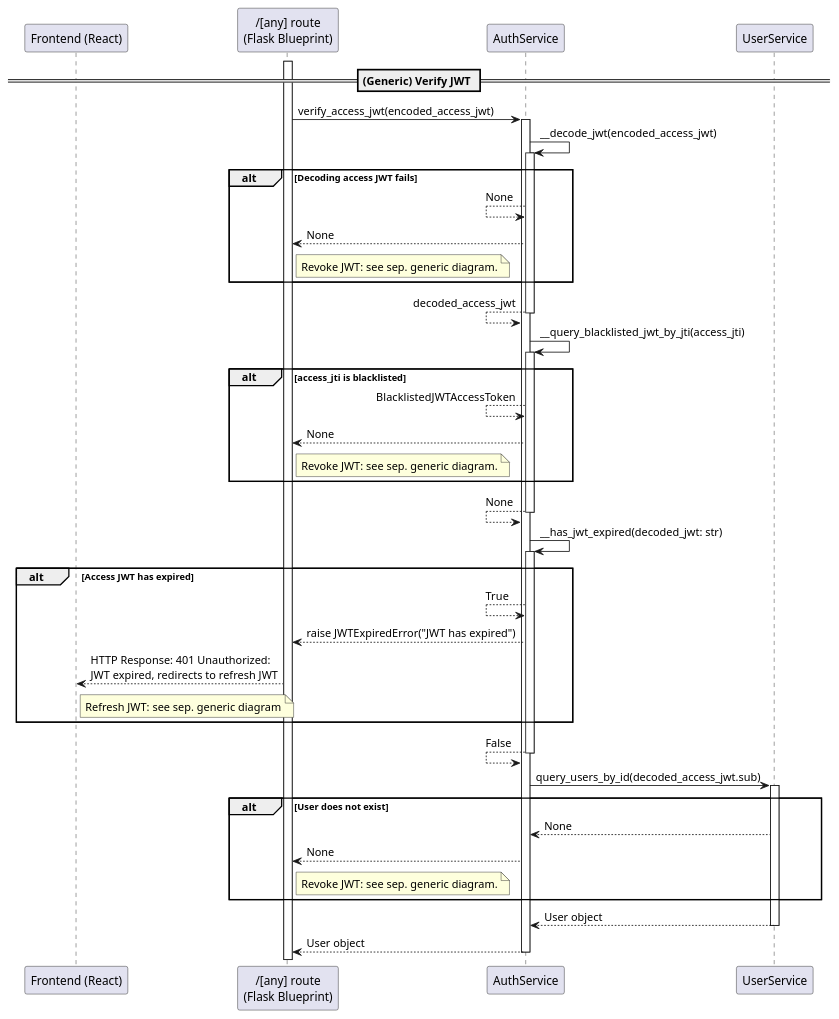
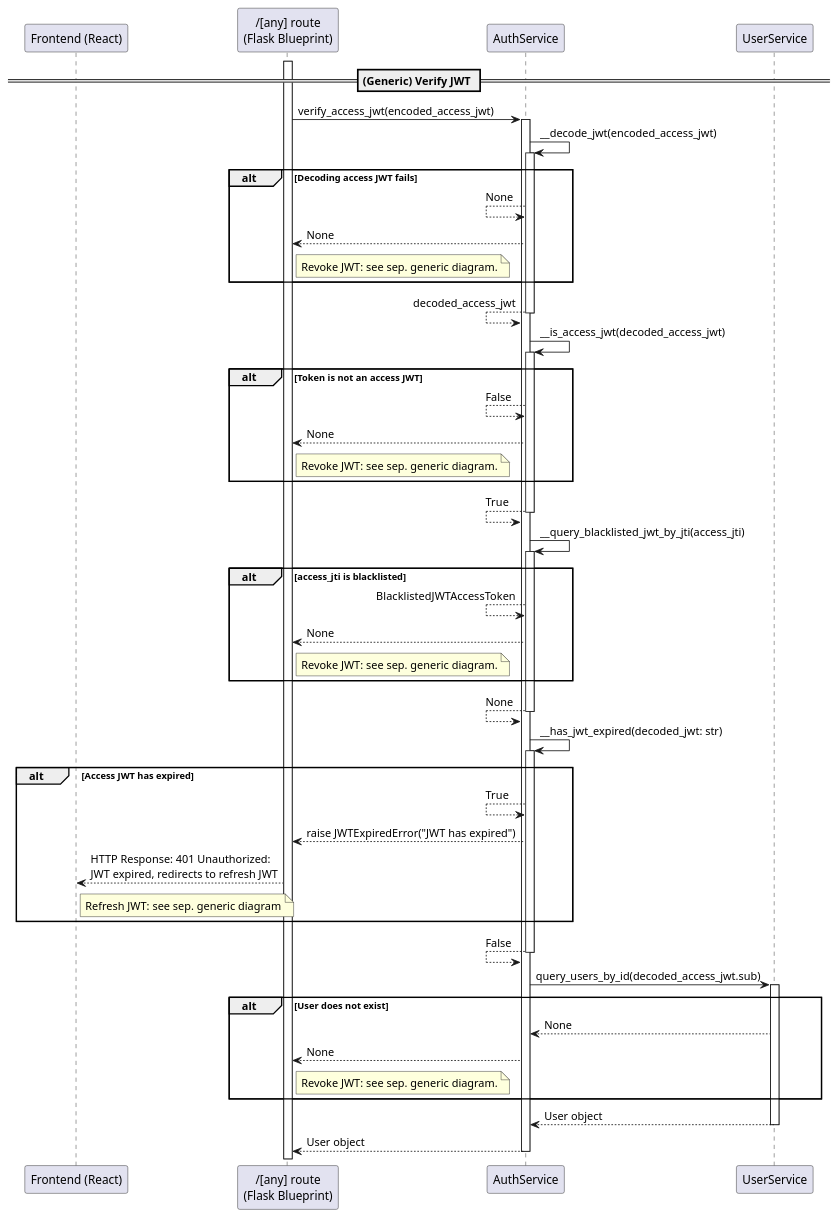
One commit to dominikoetiker/TheMentalLoadHub changed the diagram in docs/src/diagrams/uml/sequence/account_management/authentication_process/verify_jwt.puml. Above: the diagram before and after it, drawn with PlantUML. The commit also changed 7 other files, not shown here.

Commit message:
Add reset password functionality and renamed email verification sequence diagrams

```diff
--- a/docs/src/diagrams/uml/sequence/account_management/authentication_process/verify_jwt.puml
+++ b/docs/src/diagrams/uml/sequence/account_management/authentication_process/verify_jwt.puml
@@ -1,50 +1,59 @@
 @startuml VerifyJWTSequence
 participant "Frontend (React)" as FE
 participant "/[any] route\n(Flask Blueprint)" as AR
 participant "AuthService" as AS
 participant "UserService" as US
 
 == (Generic) Verify JWT ==
 activate AR
 AR -> AS : verify_access_jwt(encoded_access_jwt)
 activate AS
 AS -> AS : __decode_jwt(encoded_access_jwt)
 activate AS
 alt Decoding access JWT fails
     AS <-- AS : None
     AR <-- AS : None
     note right of AR : Revoke JWT: see sep. generic diagram.
 end
 AS <-- AS : decoded_access_jwt
+deactivate AS
+AS -> AS : __is_access_jwt(decoded_access_jwt)
+activate AS
+alt Token is not an access JWT
+    AS <-- AS : False
+    AR <-- AS : None
+    note right of AR : Revoke JWT: see sep. generic diagram.
+end
+AS <-- AS : True
 deactivate AS
 AS -> AS : __query_blacklisted_jwt_by_jti(access_jti)
 activate AS
 alt access_jti is blacklisted
     AS <-- AS : BlacklistedJWTAccessToken
     AR <-- AS : None
     note right of AR : Revoke JWT: see sep. generic diagram.
 end
 AS <-- AS : None
 deactivate AS
 AS -> AS : __has_jwt_expired(decoded_jwt: str)
 activate AS
 alt Access JWT has expired
     AS <-- AS : True
     AR <-- AS : raise JWTExpiredError("JWT has expired")
     FE <-- AR : HTTP Response: 401 Unauthorized:\nJWT expired, redirects to refresh JWT
     note right of FE : Refresh JWT: see sep. generic diagram
 end
 AS <-- AS : False
 deactivate AS
 AS -> US : query_users_by_id(decoded_access_jwt.sub)
 activate US
 alt User does not exist
     AS <-- US : None
     AR <-- AS : None
     note right of AR : Revoke JWT: see sep. generic diagram.
 end
 AS <-- US : User object
 deactivate US
 AR <-- AS : User object
 deactivate AS
 @enduml
```
